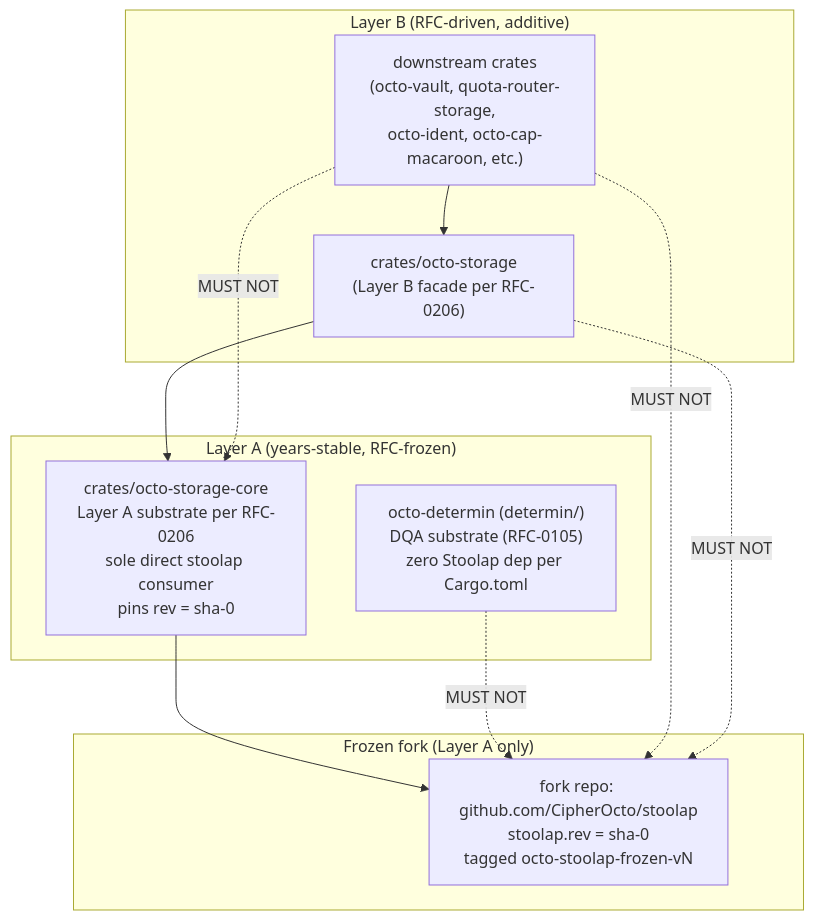
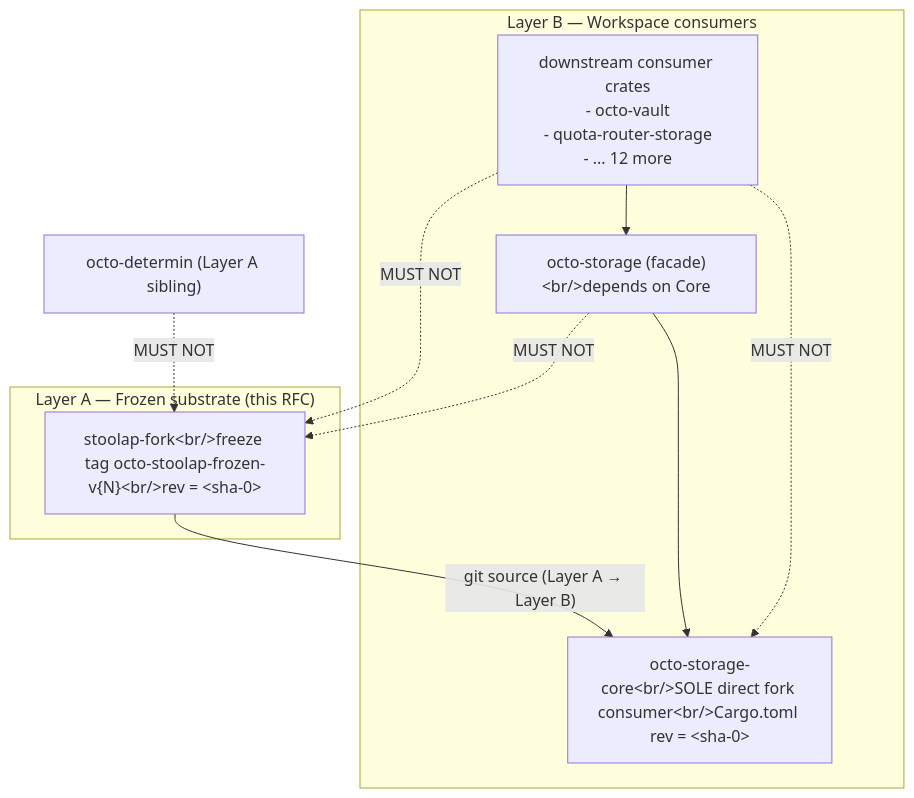
The diagram in rfcs/draft/storage/0205-stoolap-fork-stability.md (CipherOcto/cipherocto), drawn with Mermaid before and after one commit. The commit also changed other lines of this file, not shown here.

First line of the commit message:
feat(0205-rfc): v2.0 wholesale rewrite per R9 structural triggers

````diff
--- a/rfcs/draft/storage/0205-stoolap-fork-stability.md
+++ b/rfcs/draft/storage/0205-stoolap-fork-stability.md
@@ -103,21 +62,20 @@
 ```mermaid
 graph TD
-    subgraph LayerA["Layer A (years-stable, RFC-frozen)"]
-        Core["crates/octo-storage-core<br/>Layer A substrate per RFC-0206<br/>sole direct stoolap consumer<br/>pins rev = sha-0"]
-        Determin["octo-determin (determin/)<br/>DQA substrate (RFC-0105)<br/>zero Stoolap dep per Cargo.toml"]
-    end
-    subgraph FrozenTier["Frozen fork (Layer A only)"]
-        Frozen["fork repo: github.com/CipherOcto/stoolap<br/>stoolap.rev = sha-0<br/>tagged octo-stoolap-frozen-vN"]
-    end
-    Core --> Frozen
-    subgraph LayerB["Layer B (RFC-driven, additive)"]
-        Facade["crates/octo-storage<br/>(Layer B facade per RFC-0206)"]
-        Consumers["downstream crates<br/>(octo-vault, quota-router-storage,<br/>octo-ident, octo-cap-macaroon, etc.)"]
-    end
-    Facade --> Core
-    Consumers --> Facade
-    Determin -. MUST NOT .-> Frozen
-    Consumers -. MUST NOT .-> Frozen
-    Consumers -. MUST NOT .-> Core
-    Facade -. MUST NOT .-> Frozen
+  subgraph LayerA["Layer A — Frozen substrate (this RFC)"]
+    Frozen["stoolap-fork&lt;br/&gt;freeze tag octo-stoolap-frozen-v{N}&lt;br/&gt;rev = &lt;sha-0&gt;"]
+  end
+  subgraph LayerB["Layer B — Workspace consumers"]
+    Core["octo-storage-core&lt;br/&gt;SOLE direct fork consumer&lt;br/&gt;Cargo.toml rev = &lt;sha-0&gt;"]
+    Facade["octo-storage (facade)&lt;br/&gt;depends on Core"]
+    Consumers["downstream consumer crates\n- octo-vault\n- quota-router-storage\n- ... 12 more"]
+  end
+
+  Frozen -- "git source (Layer A → Layer B)" --> Core
+  Facade --> Core
+  Consumers --> Facade
+
+  Determin["octo-determin (Layer A sibling)"] -. MUST NOT .-> Frozen
+  Consumers -. MUST NOT .-> Frozen
+  Consumers -. MUST NOT .-> Core
+  Facade -. MUST NOT .-> Frozen
 ```
````
